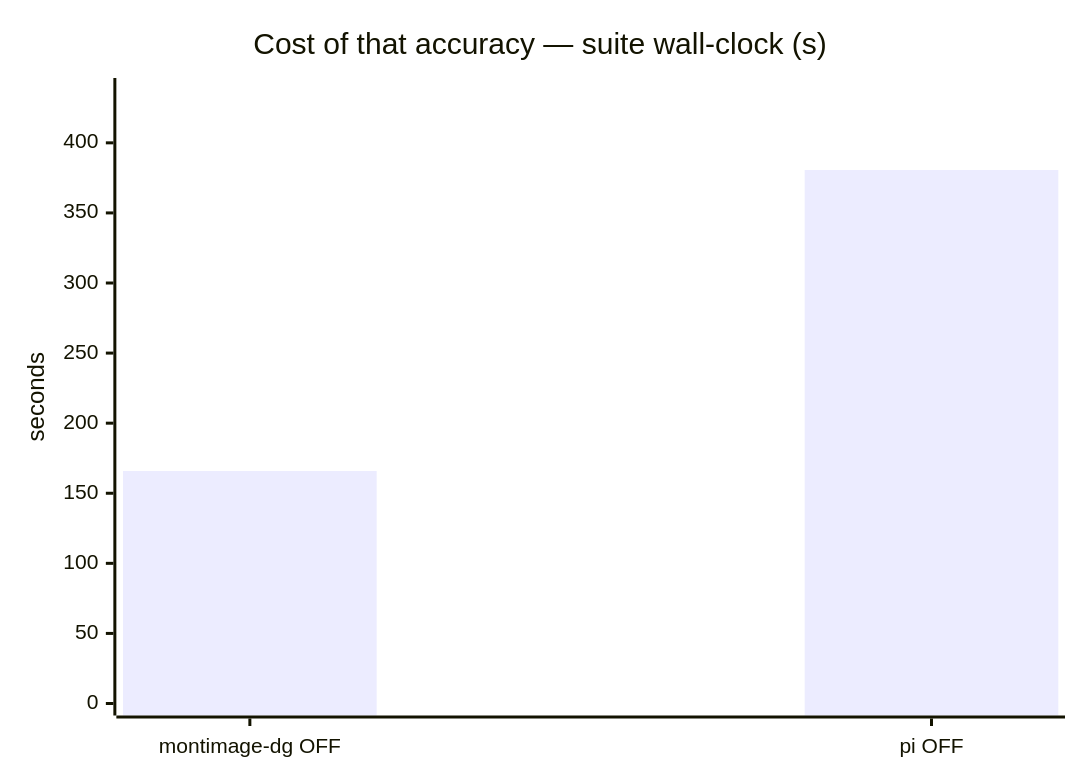
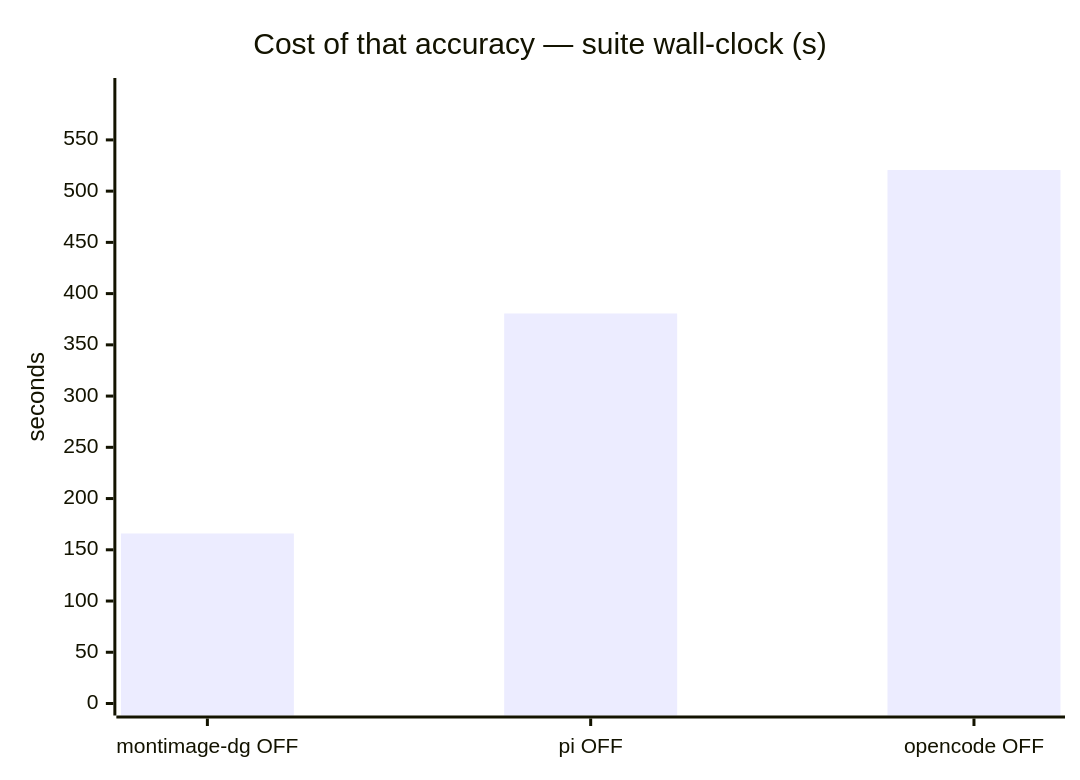
The second of 6 diagrams in results/2026-08-20-pi-harness/REPORT-hard.md (luongnv89/dgx-spark-llm-lab), drawn with Mermaid before and after one commit. The commit also changed other lines of this file and 9 other files, not shown here.

````diff
--- a/results/2026-08-20-pi-harness/REPORT-hard.md
+++ b/results/2026-08-20-pi-harness/REPORT-hard.md
@@ -34,7 +35,7 @@
 ```mermaid
 xychart-beta
     title "Cost of that accuracy — suite wall-clock (s)"
-    x-axis ["montimage-dg OFF", "pi OFF"]
-    y-axis "seconds" 0 --> 437.7
-    bar [165.9, 380.6]
+    x-axis ["montimage-dg OFF", "pi OFF", "opencode OFF"]
+    y-axis "seconds" 0 --> 598.7
+    bar [165.9, 380.6, 520.6]
 ```
````
